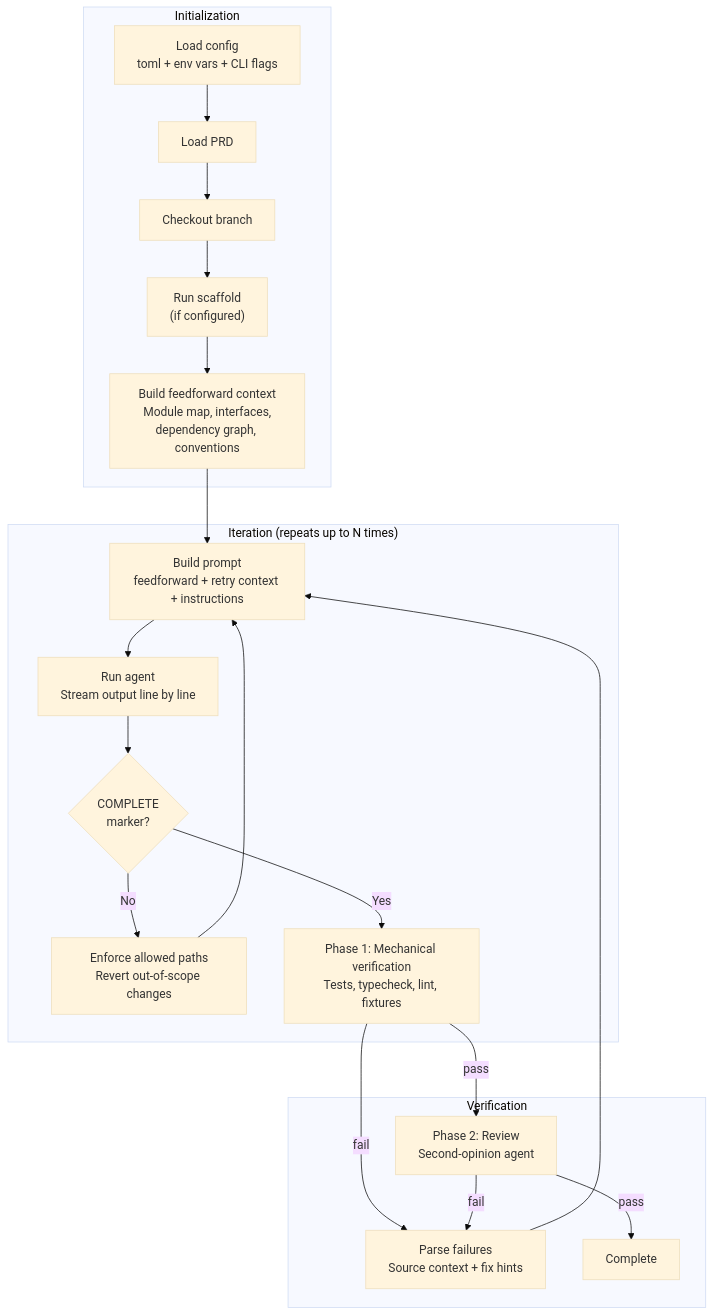
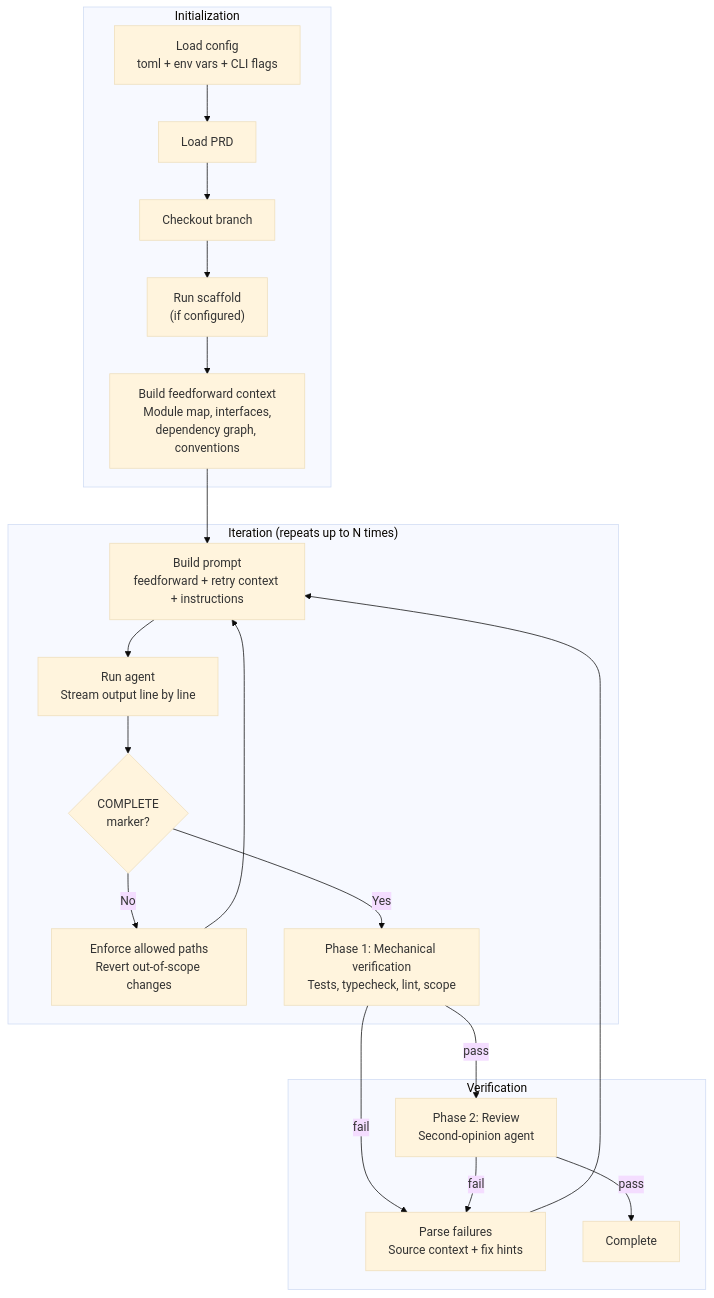
The fourth of 5 diagrams in README.md (0xfauzi/kstrl), drawn with Mermaid (base theme) before and after one commit. The commit also changed other lines of this file and 13 other files, not shown here.

````diff
--- a/README.md
+++ b/README.md
@@ -319,27 +405,27 @@
 ```mermaid
 flowchart TD
     subgraph Init["Initialization"]
         A1["Load config\ntoml + env vars + CLI flags"] --> A2["Load PRD"]
         A2 --> A3["Checkout branch"]
         A3 --> A4["Run scaffold\n(if configured)"]
         A4 --> A5["Build feedforward context\nModule map, interfaces,\ndependency graph, conventions"]
     end
 
     subgraph Iteration["Iteration (repeats up to N times)"]
         B1["Build prompt\nfeedforward + retry context + instructions"] --> B2["Run agent\nStream output line by line"]
         B2 --> B3{"COMPLETE\nmarker?"}
         B3 -->|No| B4["Enforce allowed paths\nRevert out-of-scope changes"]
         B4 --> B1
-        B3 -->|Yes| B5["Phase 1: Mechanical verification\nTests, typecheck, lint, fixtures"]
+        B3 -->|Yes| B5["Phase 1: Mechanical verification\nTests, typecheck, lint, scope"]
     end
 
     subgraph Verify["Verification"]
         B5 -->|fail| B6["Parse failures\nSource context + fix hints"]
         B6 --> B1
         B5 -->|pass| B7["Phase 2: Review\nSecond-opinion agent"]
         B7 -->|fail| B6
         B7 -->|pass| B8["Complete"]
     end
 
     A5 --> B1
 ```
````
